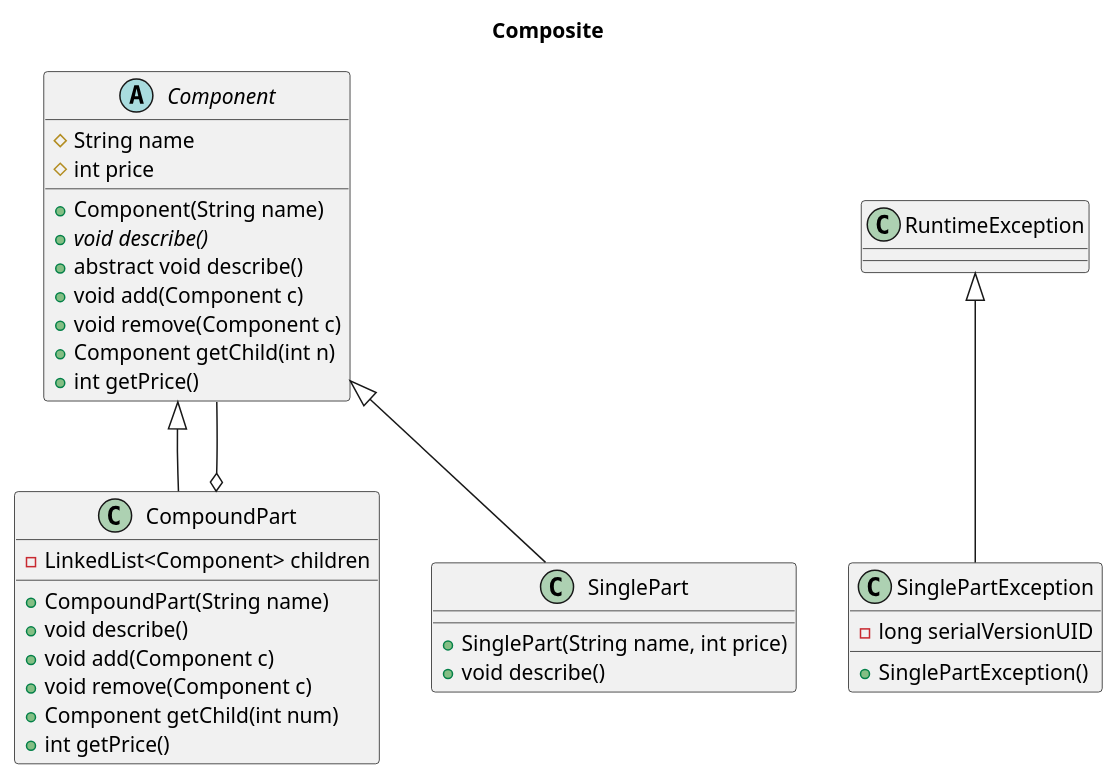
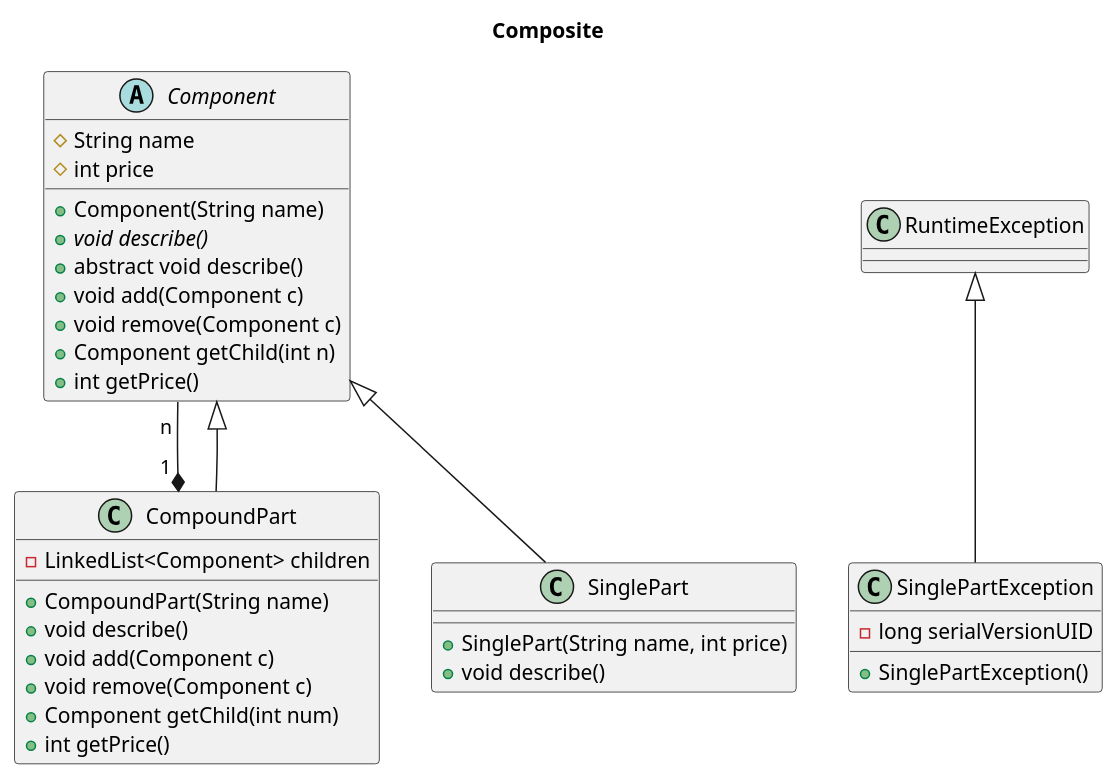
The diagram in Composite/uml/ClassDiagram.puml (BeqaKhaburdzania/FreeUni-SDP-2013-Lab-UML), drawn with PlantUML before and after one commit.

Commit message:
Fixed relation from aggregation to composition

```diff
--- a/Composite/uml/ClassDiagram.puml
+++ b/Composite/uml/ClassDiagram.puml
@@ -1,44 +1,44 @@
 @startuml
 	
 	title Composite
 	
 	abstract class Component{
 		# String name
 		# int price
 		+ Component(String name)
 		+ {abstract} void describe()
 		+ abstract void describe()
 		+ void add(Component c)
 		+ void remove(Component c)
 		+ Component getChild(int n)
 		+ int getPrice()
 	}
 	class CompoundPart{
 		- LinkedList<Component> children
 		+ CompoundPart(String name)
 		+ void describe()
 		+ void add(Component c)
 		+void remove(Component c)
 		+Component getChild(int num)
 		+int getPrice()
 	}
 	
 	class SinglePart {
 		+SinglePart(String name, int price)
 		+void describe()
 	}
 	
 	
 	
 	class SinglePartException {
 		-long serialVersionUID
 		+SinglePartException()
 	}
 	
 
 	RuntimeException <|-- SinglePartException
+	Component " n " --* " 1 "   CompoundPart
 	Component <|-- SinglePart
 	Component <|-- CompoundPart
-	Component --o CompoundPart
 	
 @enduml
```
